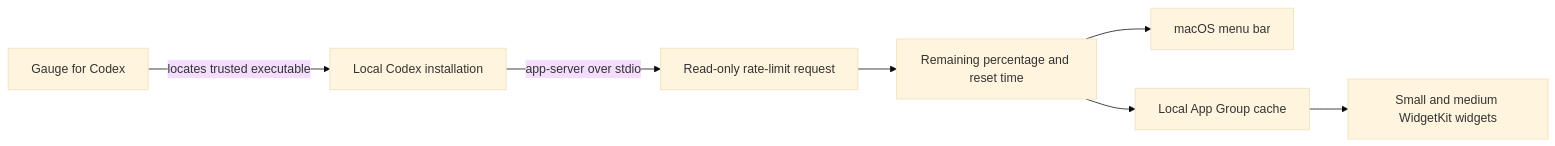
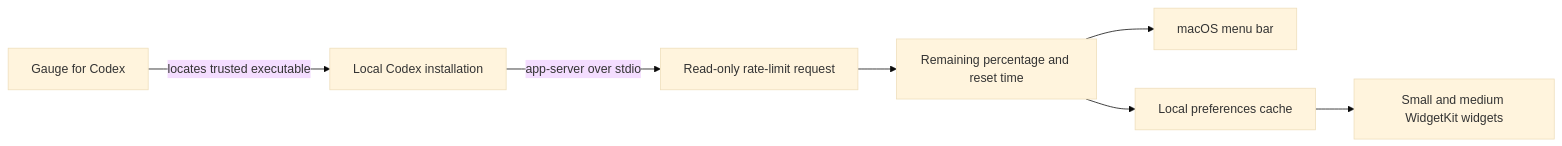
One commit to qingtan-labs/AgentReadout changed the diagram in README.md. Above: the diagram before and after it, drawn with Mermaid (base theme). The commit also changed other lines of this file and 11 other files, not shown here.

````diff
--- a/README.md
+++ b/README.md
@@ -78,9 +78,9 @@
 ```mermaid
 flowchart LR
     A[Gauge for Codex] -->|locates trusted executable| B[Local Codex installation]
     B -->|app-server over stdio| C[Read-only rate-limit request]
     C --> D[Remaining percentage and reset time]
     D --> E[macOS menu bar]
-    D --> F[Local App Group cache]
+    D --> F[Local preferences cache]
     F --> G[Small and medium WidgetKit widgets]
 ```
````
